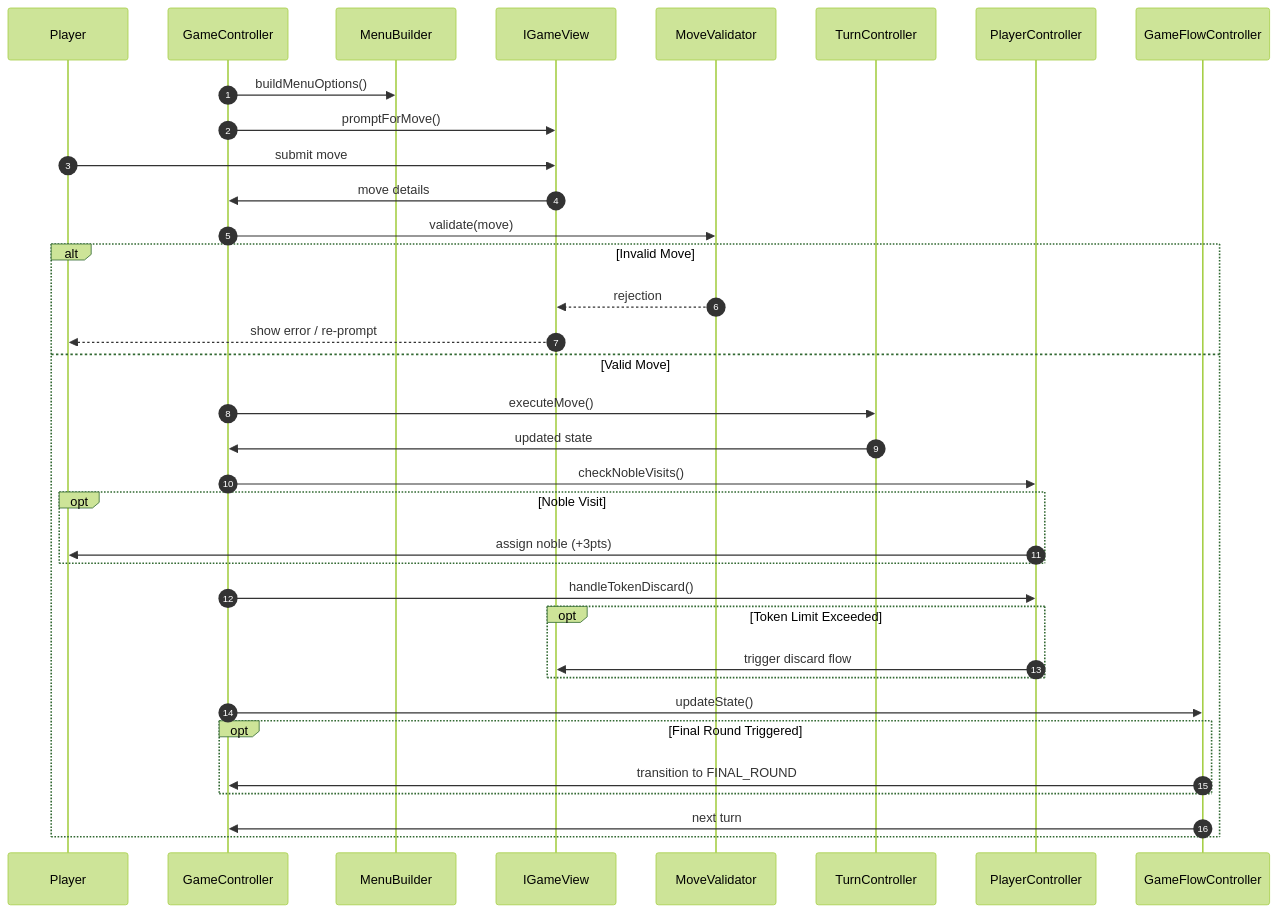
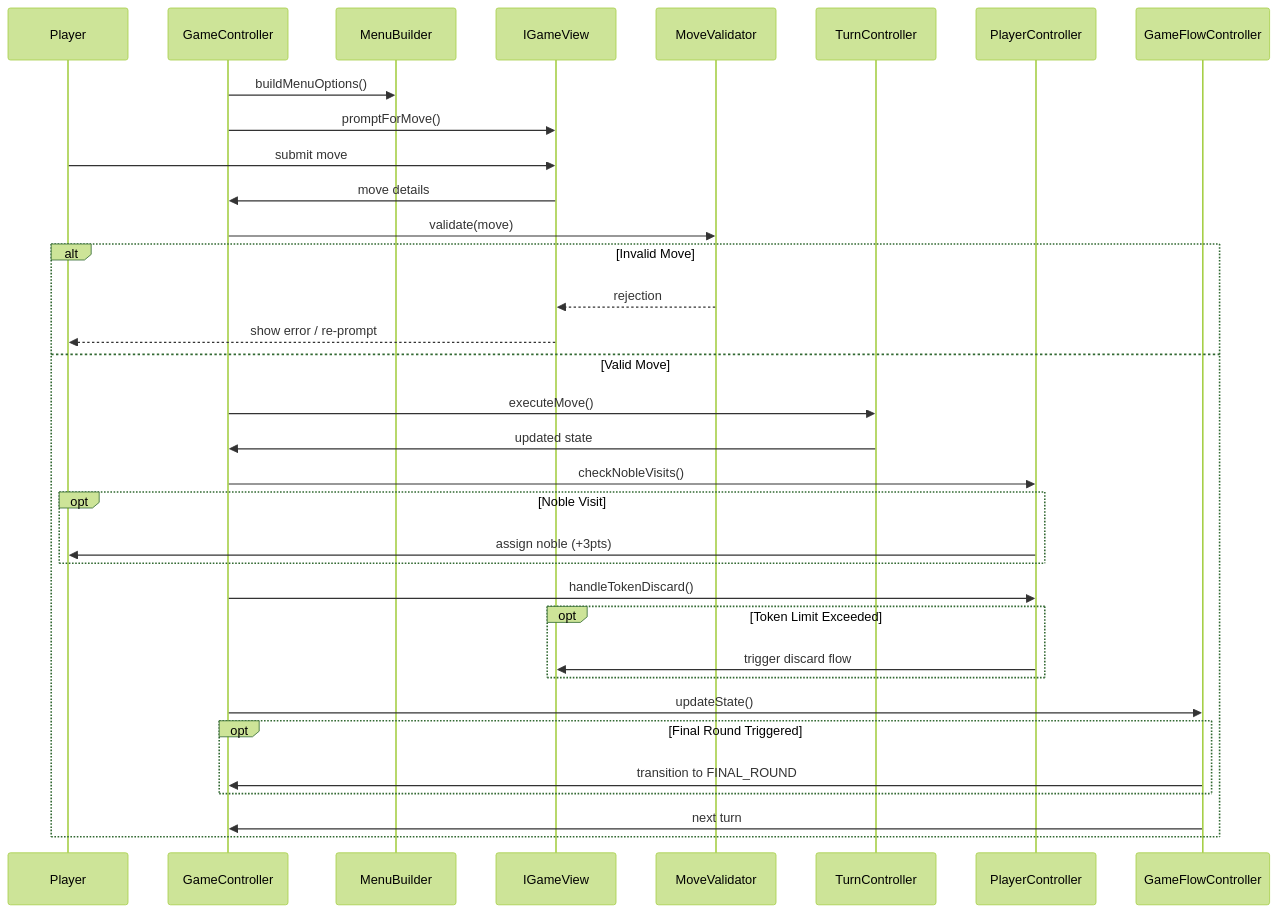
The third of 3 diagrams in README.md (bryanseah234/playsplendor), drawn with Mermaid (forest theme) before and after one commit. The commit also changed other lines of this file and 3 other files, not shown here.

````diff
--- a/README.md
+++ b/README.md
@@ -115,38 +164,38 @@
 ```mermaid
 sequenceDiagram
-    autonumber
-    participant Player
-    participant GameController
-    participant MenuBuilder
-    participant IGameView
-    participant MoveValidator
-    participant TurnController
-    participant PlayerController
-    participant GameFlowController
+    participant P as Player
+    participant GC as GameController
+    participant MB as MenuBuilder
+    participant GV as IGameView
+    participant MV as MoveValidator
+    participant TC as TurnController
+    participant PC as PlayerController
+    participant GFC as GameFlowController
 
-    GameController->>MenuBuilder: buildMenuOptions()
-    GameController->>IGameView: promptForMove()
-    Player->>IGameView: submit move
-    IGameView->>GameController: move details
-    GameController->>MoveValidator: validate(move)
+    GC->>MB: buildMenuOptions()
+    GC->>GV: promptForMove()
+    P->>GV: submit move
+    GV->>GC: move details
+    GC->>MV: validate(move)
+    
     alt Invalid Move
-        MoveValidator-->>IGameView: rejection
-        IGameView-->>Player: show error / re-prompt
+        MV-->>GV: rejection
+        GV-->>P: show error / re-prompt
     else Valid Move
-        GameController->>TurnController: executeMove()
-        TurnController->>GameController: updated state
-        GameController->>PlayerController: checkNobleVisits()
+        GC->>TC: executeMove()
+        TC->>GC: updated state
+        GC->>PC: checkNobleVisits()
         opt Noble Visit
-            PlayerController->>Player: assign noble (+3pts)
+            PC->>P: assign noble (+3pts)
         end
-        GameController->>PlayerController: handleTokenDiscard()
+        GC->>PC: handleTokenDiscard()
         opt Token Limit Exceeded
-            PlayerController->>IGameView: trigger discard flow
+            PC->>GV: trigger discard flow
         end
-        GameController->>GameFlowController: updateState()
+        GC->>GFC: updateState()
         opt Final Round Triggered
-            GameFlowController->>GameController: transition to FINAL_ROUND
+            GFC->>GC: transition to FINAL_ROUND
         end
-        GameFlowController->>GameController: next turn
+        GFC->>GC: next turn
     end
 ```
````
